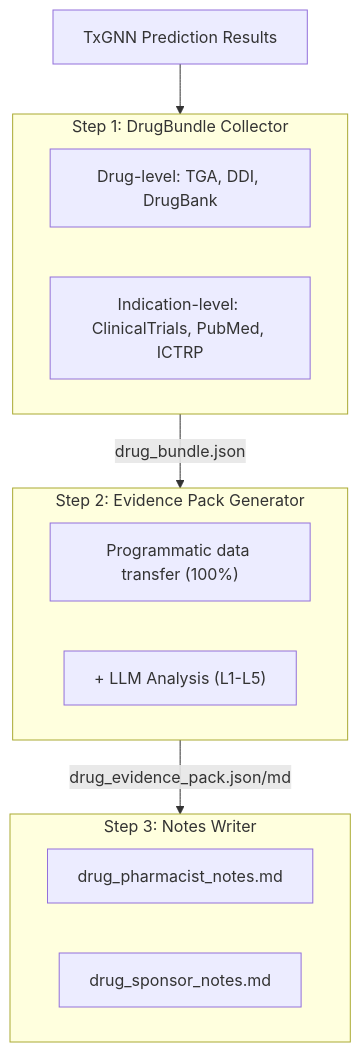
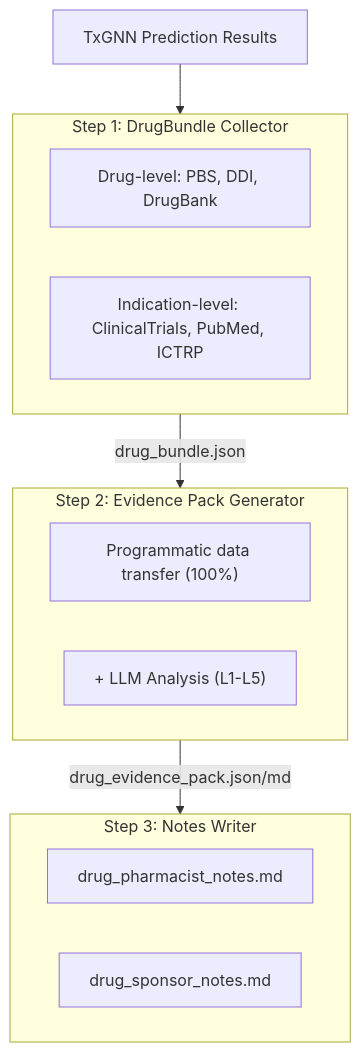
One commit to yao-care/AuTxGNN changed the first of 2 diagrams in README.md. Above: the diagram before and after it, drawn with Mermaid. The commit also changed other lines of this file and 3 other files, not shown here.

First line of the commit message:
其餘資料來源描述改寫實際資料集：TGA → PBS Schedule

````diff
--- a/README.md
+++ b/README.md
@@ -129,18 +129,18 @@
 ```mermaid
 flowchart TD
     A["TxGNN Prediction Results"] --> B
     subgraph B["Step 1: DrugBundle Collector"]
-        B1["Drug-level: TGA, DDI, DrugBank"]
+        B1["Drug-level: PBS, DDI, DrugBank"]
         B2["Indication-level: ClinicalTrials, PubMed, ICTRP"]
     end
     B --> |"drug_bundle.json"| C
     subgraph C["Step 2: Evidence Pack Generator"]
         C1["Programmatic data transfer (100%)"]
         C2["+ LLM Analysis (L1-L5)"]
     end
     C --> |"drug_evidence_pack.json/md"| D
     subgraph D["Step 3: Notes Writer"]
         D1["drug_pharmacist_notes.md"]
         D2["drug_sponsor_notes.md"]
     end
 ```
````
